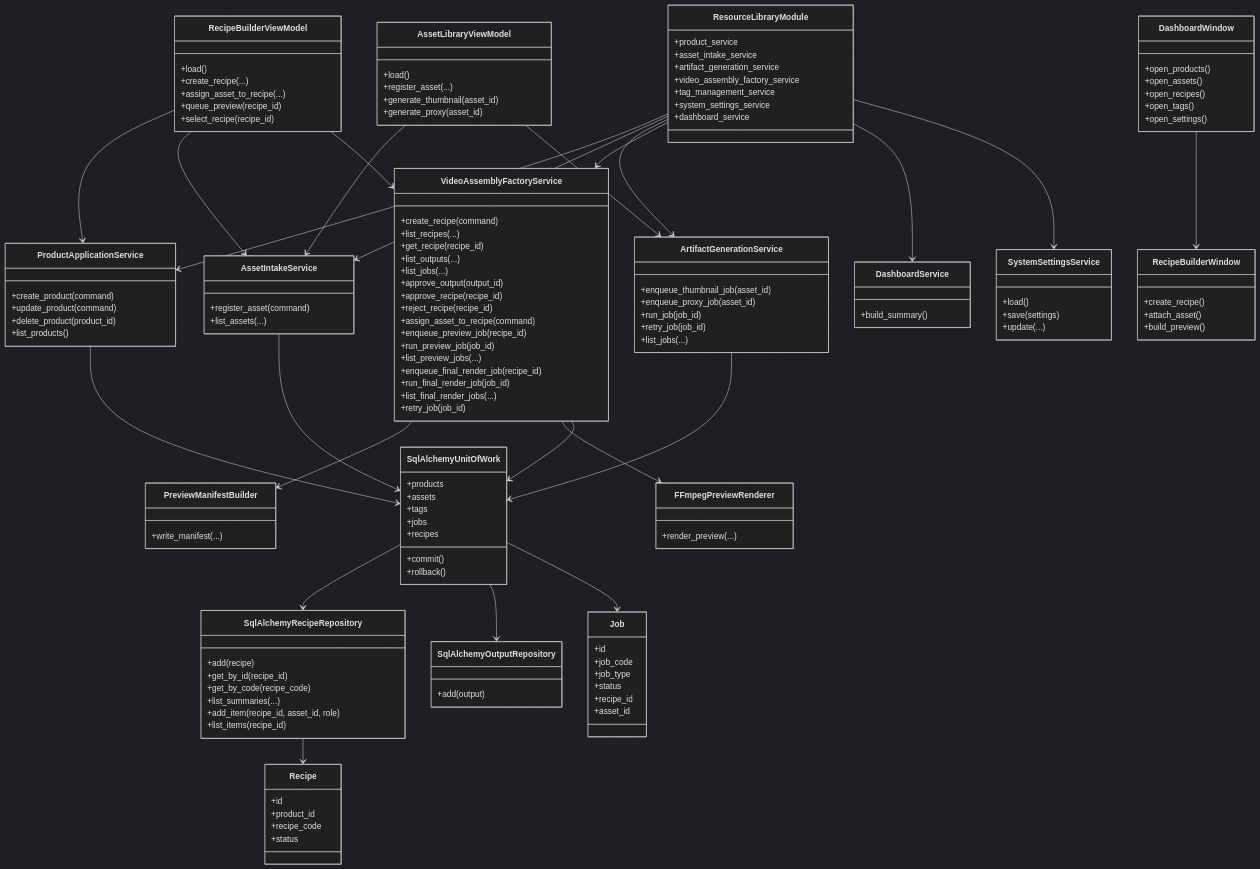
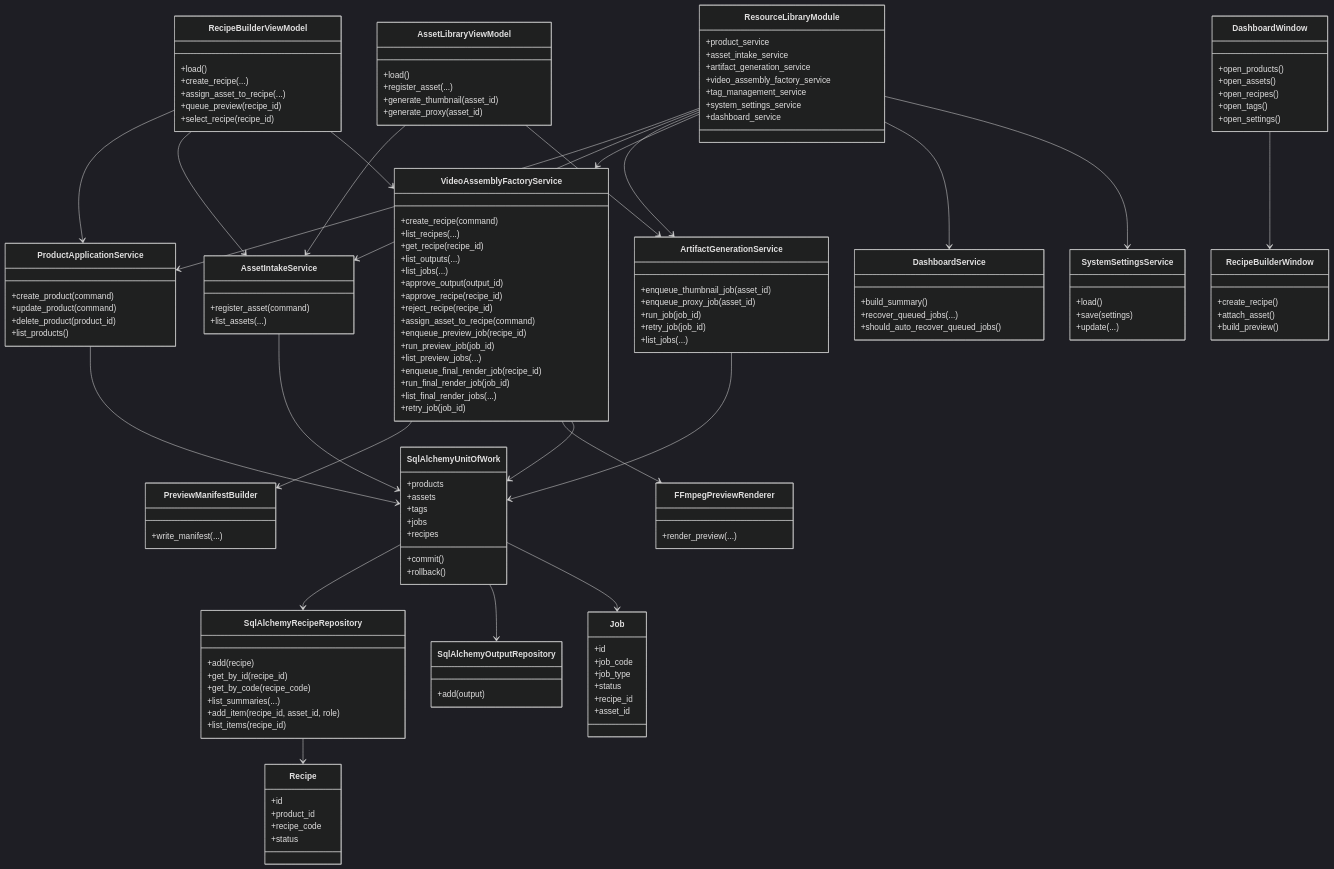
One commit to idev006/MTClipFactory changed the second of 8 diagrams in doc/10_UML_System_Overview.md. Above: the diagram before and after it, drawn with Mermaid (dark theme). The commit also changed other lines of this file and 19 other files, not shown here.

```diff
--- a/doc/10_UML_System_Overview.md
+++ b/doc/10_UML_System_Overview.md
@@ -77,6 +77,8 @@
 
     class DashboardService {
         +build_summary()
+        +recover_queued_jobs(...)
+        +should_auto_recover_queued_jobs()
     }
 
     class SystemSettingsService {
```
